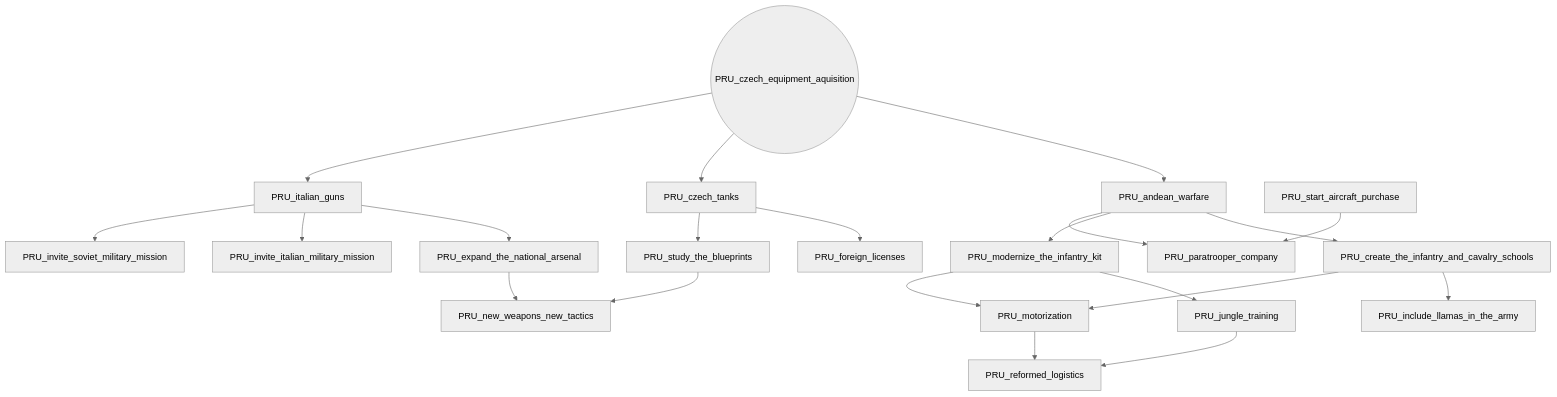
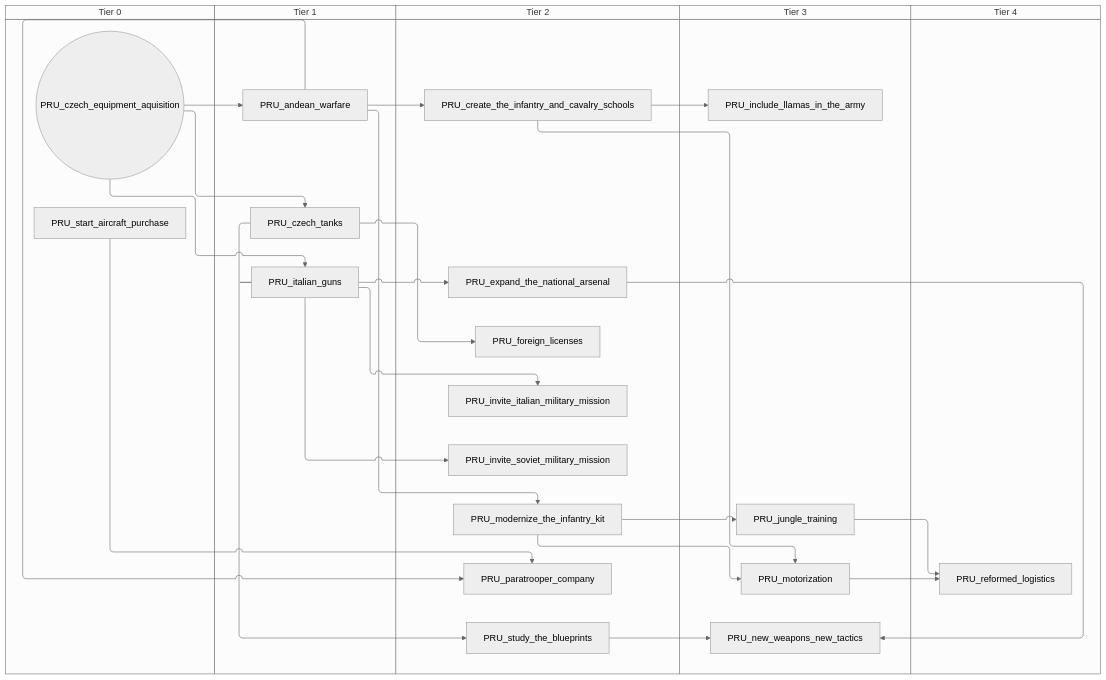
Before and after one commit to evgeny-sobol/hoi4-sandbox-mode-r56: the second of 8 diagrams in docs/gdd/National Focuses/r56/peru.md, drawn with Mermaid (neutral theme). The commit also changed other lines of this file and 423 other files, not shown here.

First line of the commit message:
Re-export Rt56 focus trees as swimlane diagrams

````diff
--- a/docs/gdd/National Focuses/r56/peru.md
+++ b/docs/gdd/National Focuses/r56/peru.md
@@ -38,41 +48,51 @@
 ```mermaid
-flowchart TD
-    n13["PRU_andean_warfare"]
-    n14["PRU_create_the_infantry_and_cavalry_schools"]
-    n15(("PRU_czech_equipment_aquisition"))
-    n16["PRU_czech_tanks"]
-    n17["PRU_expand_the_national_arsenal"]
-    n18["PRU_foreign_licenses"]
-    n19["PRU_include_llamas_in_the_army"]
-    n20["PRU_invite_italian_military_mission"]
-    n21["PRU_invite_soviet_military_mission"]
-    n22["PRU_italian_guns"]
-    n23["PRU_jungle_training"]
-    n24["PRU_modernize_the_infantry_kit"]
-    n25["PRU_motorization"]
-    n26["PRU_new_weapons_new_tactics"]
-    n27["PRU_paratrooper_company"]
-    n28["PRU_reformed_logistics"]
-    n29["PRU_start_aircraft_purchase"]
-    n30["PRU_study_the_blueprints"]
-    n15 --> n13
-    n13 --> n14
-    n15 --> n16
-    n22 --> n17
-    n16 --> n18
-    n14 --> n19
-    n22 --> n20
-    n22 --> n21
-    n15 --> n22
-    n24 --> n23
-    n13 --> n24
-    n24 --> n25
-    n14 --> n25
-    n17 --> n26
-    n30 --> n26
-    n13 --> n27
-    n29 --> n27
+swimlane-beta TD
+    subgraph tier_0["Tier 0"]
+        n13(("PRU_czech_equipment_aquisition"))
+        n14["PRU_start_aircraft_purchase"]
+    end
+    subgraph tier_1["Tier 1"]
+        n15["PRU_andean_warfare"]
+        n16["PRU_czech_tanks"]
+        n17["PRU_italian_guns"]
+    end
+    subgraph tier_2["Tier 2"]
+        n18["PRU_create_the_infantry_and_cavalry_schools"]
+        n19["PRU_expand_the_national_arsenal"]
+        n20["PRU_foreign_licenses"]
+        n21["PRU_invite_italian_military_mission"]
+        n22["PRU_invite_soviet_military_mission"]
+        n23["PRU_modernize_the_infantry_kit"]
+        n24["PRU_paratrooper_company"]
+        n25["PRU_study_the_blueprints"]
+    end
+    subgraph tier_3["Tier 3"]
+        n26["PRU_include_llamas_in_the_army"]
+        n27["PRU_jungle_training"]
+        n28["PRU_motorization"]
+        n29["PRU_new_weapons_new_tactics"]
+    end
+    subgraph tier_4["Tier 4"]
+        n30["PRU_reformed_logistics"]
+    end
+    n13 --> n15
+    n15 --> n18
+    n13 --> n16
+    n17 --> n19
+    n16 --> n20
+    n18 --> n26
+    n17 --> n21
+    n17 --> n22
+    n13 --> n17
+    n23 --> n27
+    n15 --> n23
     n23 --> n28
-    n25 --> n28
-    n16 --> n30
+    n18 --> n28
+    n19 --> n29
+    n25 --> n29
+    n15 --> n24
+    n14 --> n24
+    n27 --> n30
+    n28 --> n30
+    n16 --> n25
 ```
````
